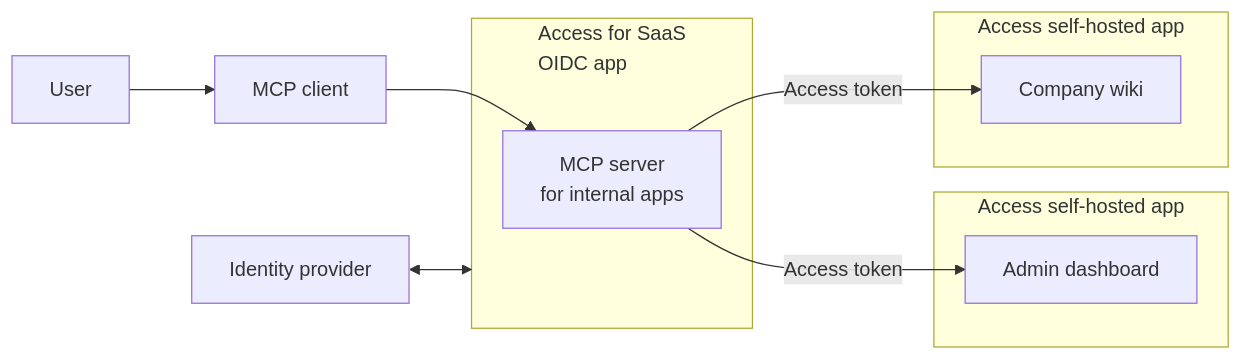
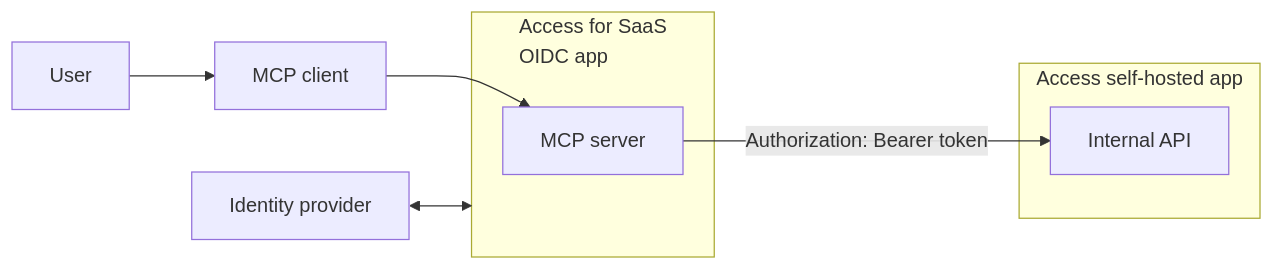
Before and after one commit to cloudflare/cloudflare-docs: the second of 2 diagrams in src/content/docs/cloudflare-one/access-controls/ai-controls/linked-apps.mdx, drawn with Mermaid. The commit also changed other lines of this file and 3 other files, not shown here.

Commit message:
[Access] Restructure Linked App Token docs to cover self-hosted and SaaS MCP flows

````diff
--- a/src/content/docs/cloudflare-one/access-controls/ai-controls/linked-apps.mdx
+++ b/src/content/docs/cloudflare-one/access-controls/ai-controls/linked-apps.mdx
@@ -17,21 +104,16 @@
 ```mermaid
 flowchart LR
-accTitle: Link MCP servers and self-hosted applications in Access
+accTitle: SaaS MCP server accessing internal applications
     subgraph SaaS["Access for SaaS <br> OIDC app"]
-        mcp["MCP server <br> for internal apps"]
+        mcp["MCP server"]
     end
 
     subgraph "Access self-hosted app"
-        app1[Admin dashboard]
+        app1[Internal API]
     end
 
-    subgraph "Access self-hosted app"
-        app2[Company wiki]
-    end
-
-		User --> client["MCP client"]
+    User --> client["MCP client"]
     client --> mcp
-    mcp -- Access token --> app1
-		mcp -- Access token --> app2
-		idp[Identity provider] <--> SaaS
+    mcp -- "Authorization: Bearer token" --> app1
+    idp[Identity provider] <--> SaaS
 ```
````
